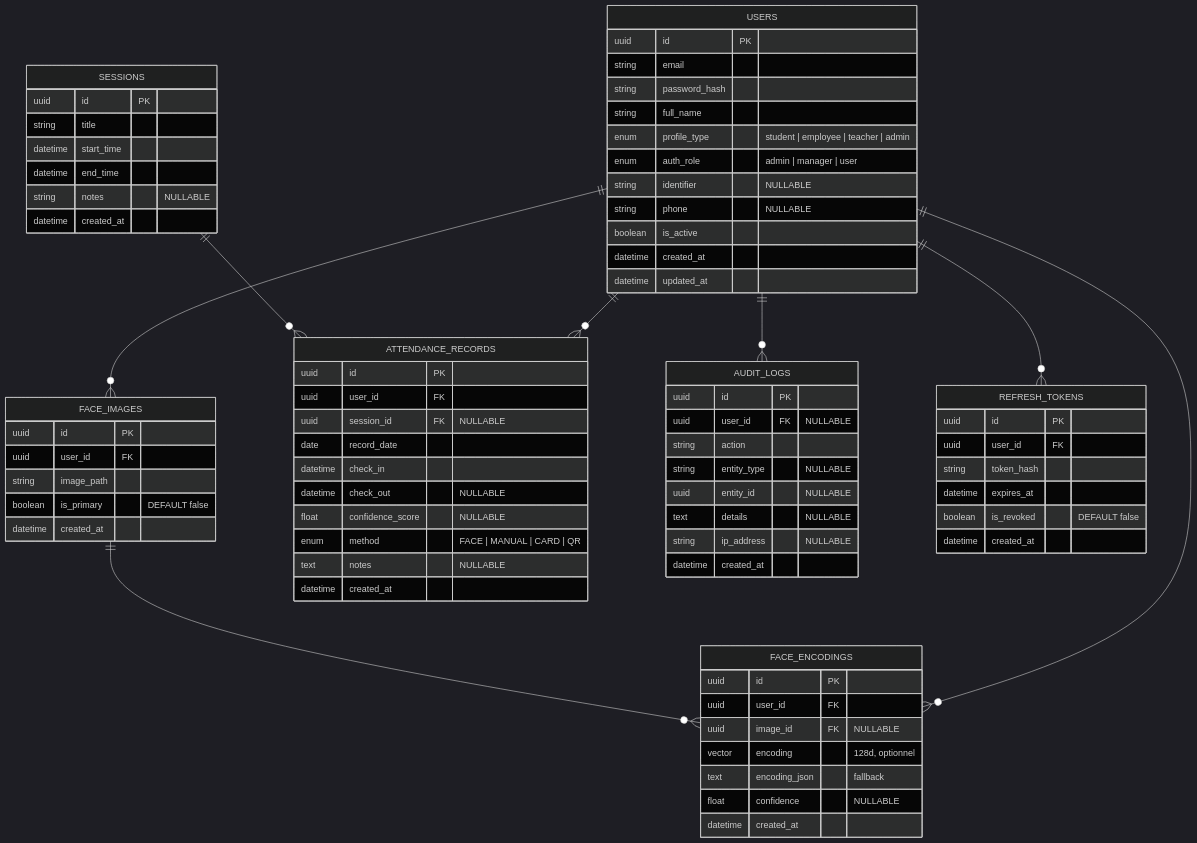
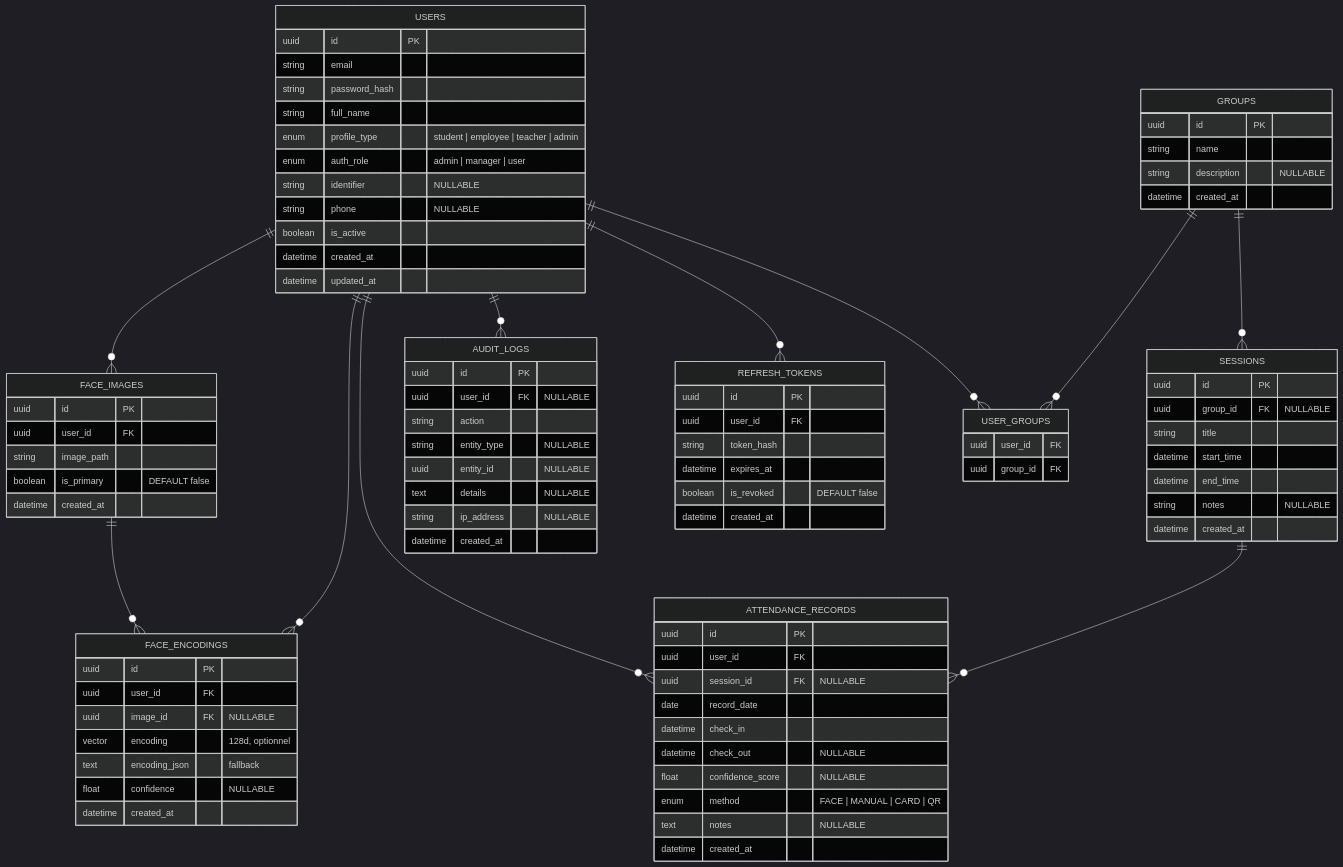
The diagram in data_base/schema.md (Abdurrahmane06/face-attendance-system), drawn with Mermaid (dark theme) before and after one commit. The commit also changed other lines of this file, not shown here.

````diff
--- a/data_base/schema.md
+++ b/data_base/schema.md
@@ -24,11 +24,24 @@
 
     SESSIONS {
         uuid id PK
+        uuid group_id FK "NULLABLE"
         string title
         datetime start_time
         datetime end_time
         string notes "NULLABLE"
         datetime created_at
+    }
+
+    GROUPS {
+        uuid id PK
+        string name
+        string description "NULLABLE"
+        datetime created_at
+    }
+
+    USER_GROUPS {
+        uuid user_id FK
+        uuid group_id FK
     }
 
     FACE_IMAGES {
@@ -87,6 +100,9 @@
     USERS ||--o{ ATTENDANCE_RECORDS : ""
     USERS ||--o{ AUDIT_LOGS : ""
     USERS ||--o{ REFRESH_TOKENS : ""
+    USERS ||--o{ USER_GROUPS : ""
+    GROUPS ||--o{ USER_GROUPS : ""
+    GROUPS ||--o{ SESSIONS : ""
     SESSIONS ||--o{ ATTENDANCE_RECORDS : ""
     FACE_IMAGES ||--o{ FACE_ENCODINGS : ""
 ```
````
